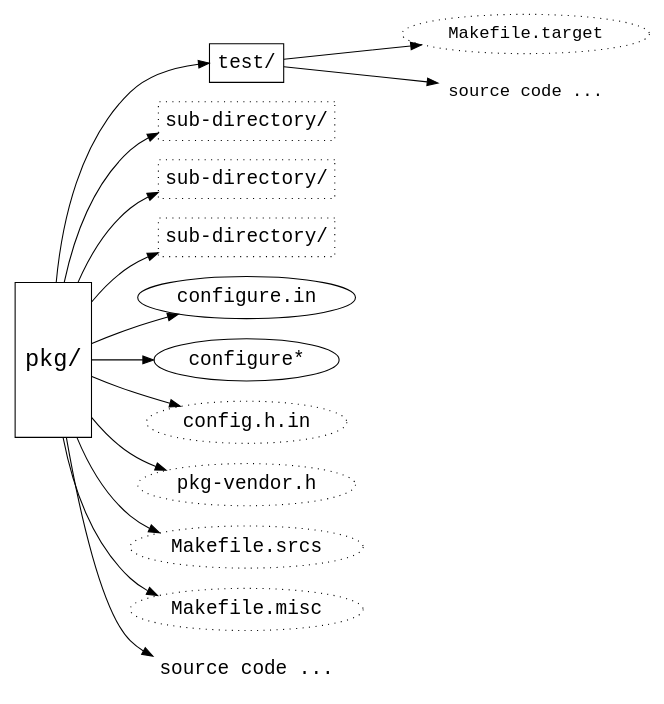
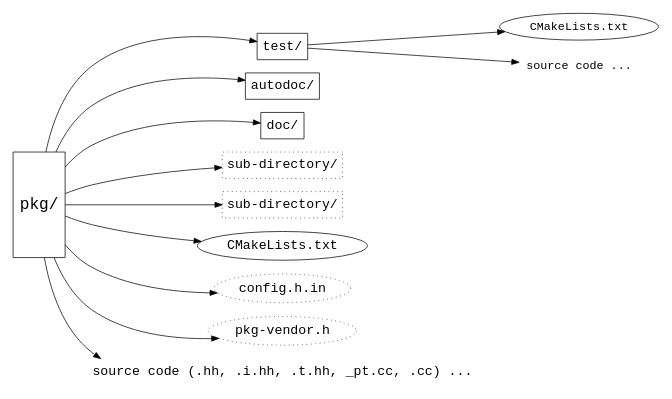
One commit to warsa/Draco changed the diagram in doc/build/fig/package.dot. Above: the diagram before and after it, drawn with Graphviz. The commit also changed 39 other files, not shown here.

```diff
--- a/doc/build/fig/package.dot
+++ b/doc/build/fig/package.dot
@@ -1,48 +1,49 @@
 /* Time-stamp: <99/02/10 16:39:30 tme> */
 
 digraph pkg {
   /* graph attributes */
     center=1;
     margin=".25,.25";
     size="6.5,9";
     rankdir=LR;
 
     node [fontname=Courier, fontsize=22];
     
   /* draco package */
 
     package [shape=box, label="pkg/", height=2];
 
   /* subdirectories in package */
 
     node [fontsize=18];
     
     node [shape=box];
     test [label="test/"];
+    autodoc [label="autodoc/"];
+    docdir [label="doc/"];
     sub1 [label="sub-directory/", style=dotted];
     sub2 [label="sub-directory/", style=dotted];
-    sub3 [label="sub-directory/", style=dotted];
 
   /* files */
     node [shape=ellipse];
-    confin [label="configure.in"];
-    conf [label="configure*"];
+    cmakelists [label="CMakeLists.txt"];
+    testcmakelists [label="CMakeLists.txt", fontsize=16];
+/*    conf [label="configure*"]; */
 
     node [style=dotted];
     config [label="config.h.in"];
     pkgin [label="pkg-vendor.h"];
-    msrc [label="Makefile.srcs"];
-    mmisc [label="Makefile.misc"];
+/*    msrc [label=""]; */
+/*    mmisc [label="Makefile.misc"]; */
 
-    code [label="source code ...", shape=plaintext];
+    code [label="source code (.hh, .i.hh, .t.hh, _pt.cc, .cc) ...", shape=plaintext];
 
-    mtar [label="Makefile.target", fontsize=16];
+    
     tcode [label="source code ...", fontsize=16, shape=plaintext];
 
   /* tree */
     
-    package -> {test sub1 sub2 sub3 confin conf config pkgin code msrc
-		    mmisc};
-    test -> {mtar tcode};
+    package -> {test autodoc docdir sub1 sub2 cmakelists config pkgin code };
+    test -> {testcmakelists tcode};
     
 }
```
